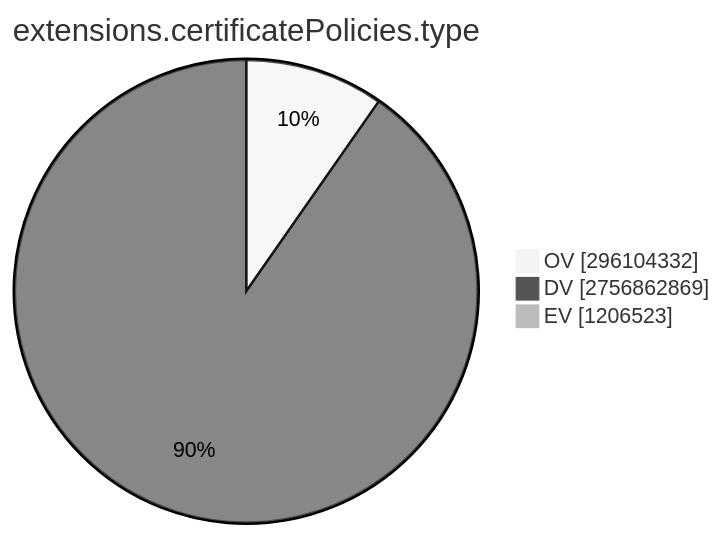
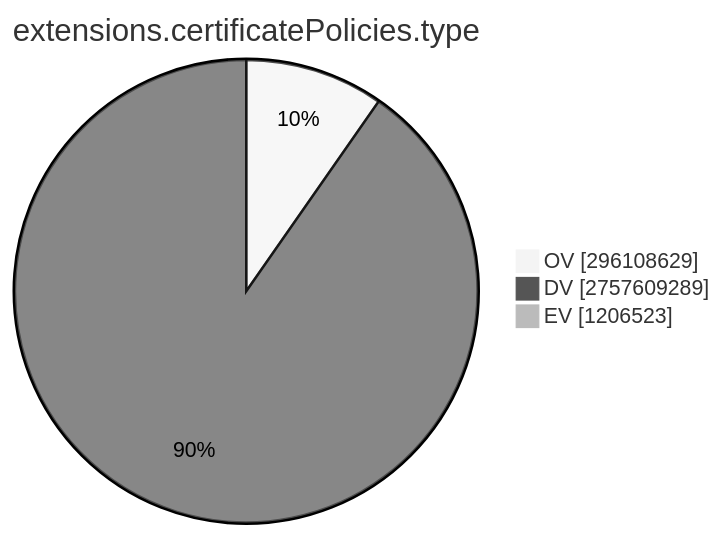
One commit to christiankrug/ctmonitor_visualization changed the ninth of 15 diagrams in TOTAL/README.md. Above: the diagram before and after it, drawn with Mermaid (neutral theme). The commit also changed other lines of this file, not shown here.

````diff
--- a/TOTAL/README.md
+++ b/TOTAL/README.md
@@ -3099,7 +3099,7 @@
 ```mermaid
 pie showData
 title extensions.certificatePolicies.type
-"OV" :296104332
-"DV" :2756862869
+"OV" :296108629
+"DV" :2757609289
 "EV" :1206523
 ```
````
